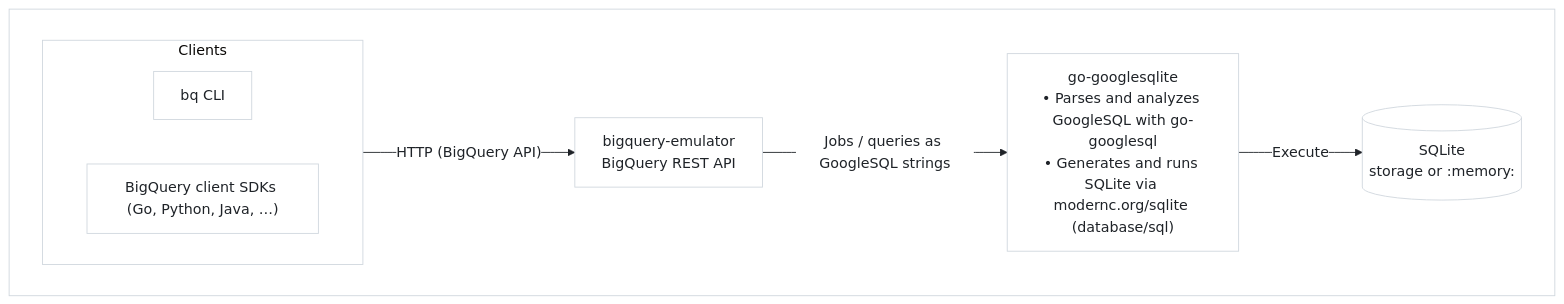
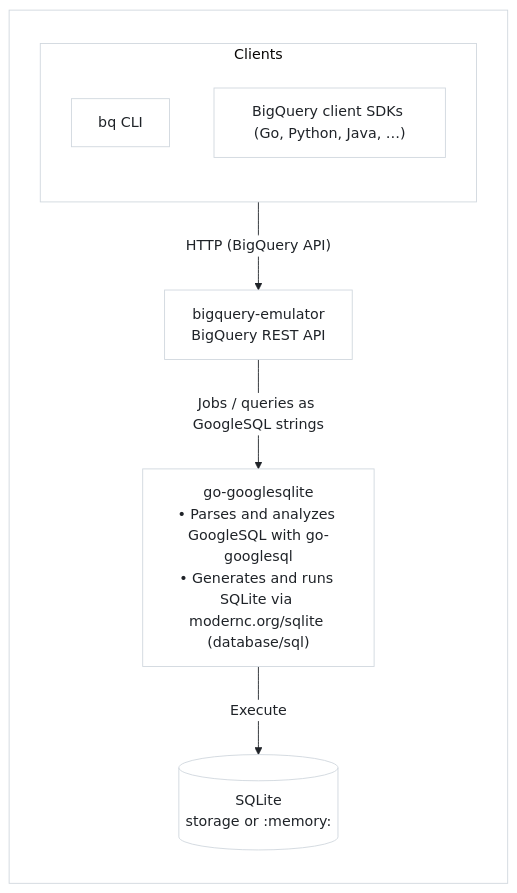
One commit to vantaboard/bigquery-emulator changed the first of 2 diagrams in README.md. Above: the diagram before and after it, drawn with Mermaid. The commit also changed other lines of this file, not shown here.

First line of the commit message:
docs(readme): force Mermaid subgraphs to top-bottom layout

````diff
--- a/README.md
+++ b/README.md
@@ -289,35 +289,36 @@
 ```mermaid
 ---
 config:
   theme: base
   themeVariables:
     background: '#ffffff'
     mainBkg: '#ffffff'
     clusterBkg: '#ffffff'
     lineColor: '#1f2328'
     arrowheadColor: '#1f2328'
     primaryTextColor: '#1f2328'
     primaryBorderColor: '#d0d7de'
     clusterBorder: '#d0d7de'
     edgeLabelBackground: '#ffffff'
     edgeLabelColor: '#1f2328'
     secondaryBkg: '#f6f8fa'
     tertiaryColor: '#f6f8fa'
     darkMode: false
 ---
 flowchart TD
   subgraph diagramRoot [" "]
+    direction TB
     subgraph clientLayer [Clients]
-      direction LR
+      direction TB
       bqCli[bq CLI]
       sdks["BigQuery client SDKs (Go, Python, Java, …)"]
     end
     bigqueryEmu["bigquery-emulator<br/>BigQuery REST API"]
     googlesqlite["go-googlesqlite<br/>• Parses and analyzes GoogleSQL with go-googlesql<br/>• Generates and runs SQLite via modernc.org/sqlite (database/sql)"]
     sqliteDb[(SQLite<br/>storage or :memory:)]
 
     clientLayer -->|"HTTP (BigQuery API)"| bigqueryEmu
     bigqueryEmu -->|"Jobs / queries as GoogleSQL strings"| googlesqlite
     googlesqlite -->|"Execute"| sqliteDb
   end
 ```
````
